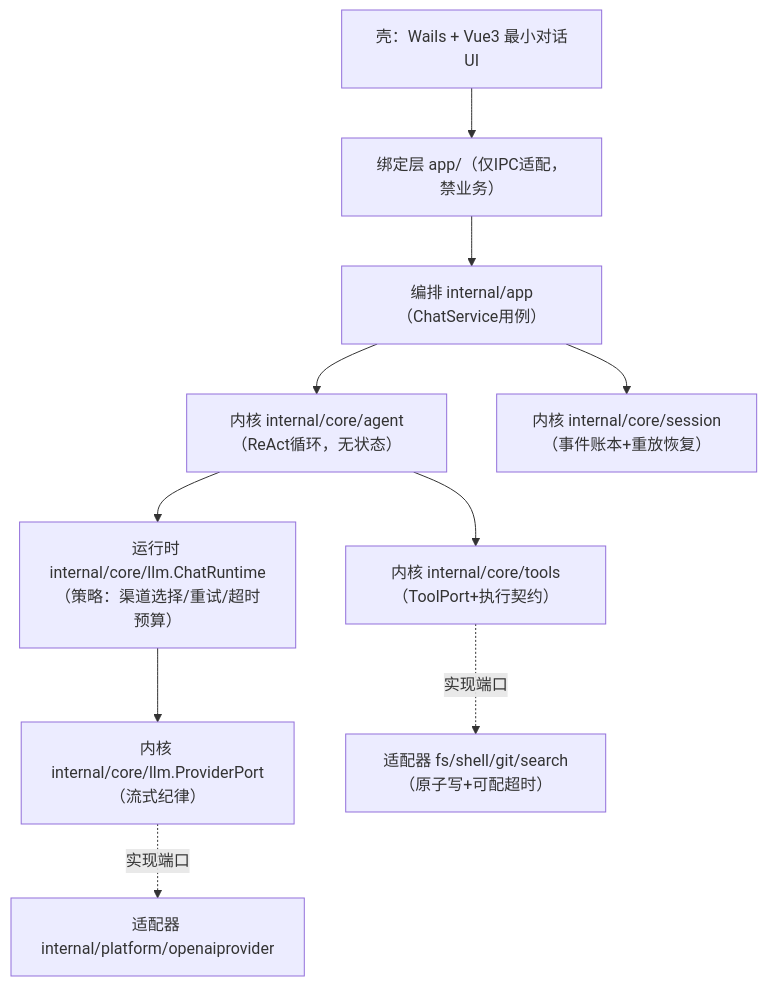
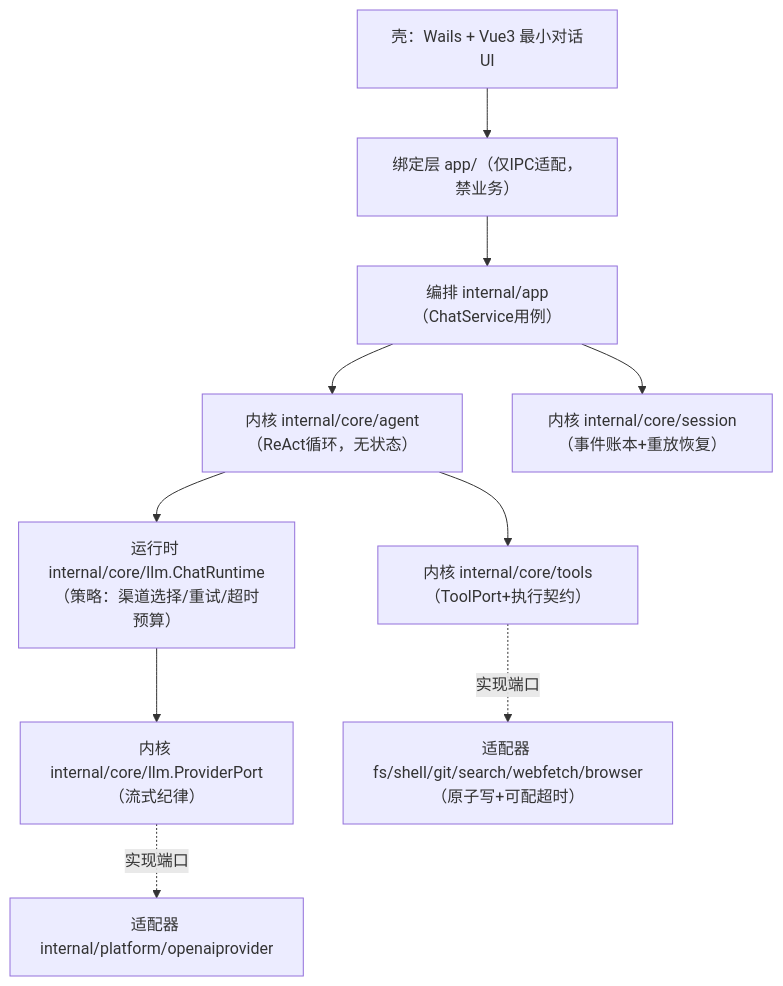
The diagram in docs/ARCHITECTURE.md (zhangqi77ok-sys/tiancode), drawn with Mermaid before and after one commit. The commit also changed other lines of this file and 400 other files, not shown here.

````diff
--- a/docs/ARCHITECTURE.md
+++ b/docs/ARCHITECTURE.md
@@ -7,12 +7,12 @@
 ```mermaid
 flowchart TB
     UI["壳：Wails + Vue3 最小对话UI"] --> BIND["绑定层 app/（仅IPC适配，禁业务）"]
     BIND --> ORCH["编排 internal/app（ChatService用例）"]
     ORCH --> LOOP["内核 internal/core/agent（ReAct循环，无状态）"]
     ORCH --> SES["内核 internal/core/session（事件账本+重放恢复）"]
     LOOP --> RT["运行时 internal/core/llm.ChatRuntime（策略：渠道选择/重试/超时预算）"]
     RT --> LLM["内核 internal/core/llm.ProviderPort（流式纪律）"]
     LOOP --> TOOLS["内核 internal/core/tools（ToolPort+执行契约）"]
     LLM -.实现端口.-> PROV["适配器 internal/platform/openaiprovider"]
-    TOOLS -.实现端口.-> FS["适配器 fs/shell/git/search（原子写+可配超时）"]
+    TOOLS -.实现端口.-> FS["适配器 fs/shell/git/search/webfetch/browser（原子写+可配超时）"]
 ```
````
